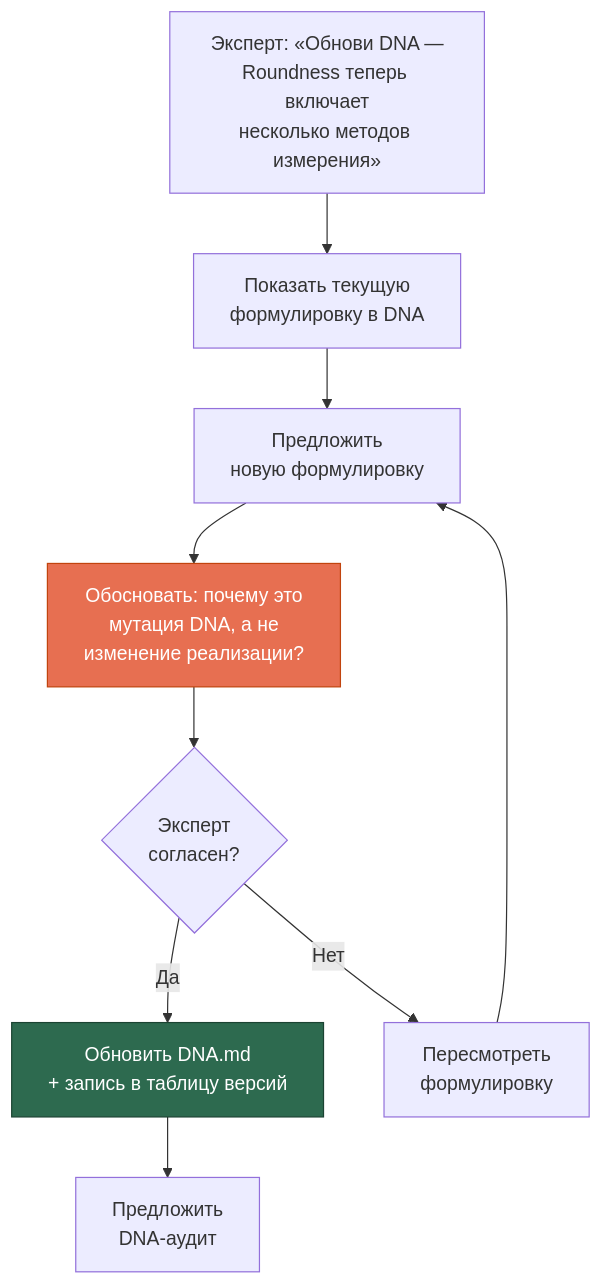
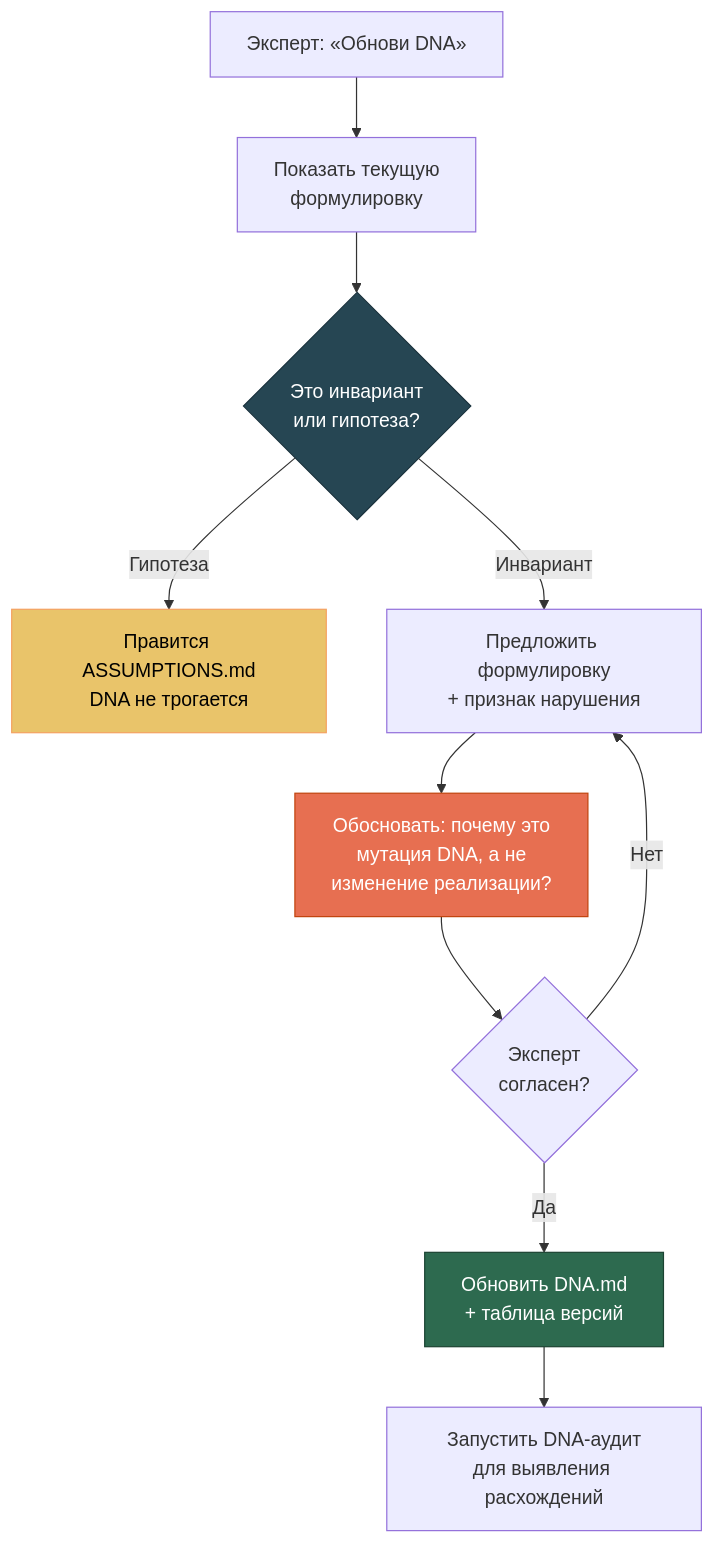
The fifth of 8 diagrams in docs/modes-ru.md (SizovOleg/project-dna), drawn with Mermaid before and after one commit. The commit also changed other lines of this file and 9 other files, not shown here.

````diff
--- a/docs/modes-ru.md
+++ b/docs/modes-ru.md
@@ -186,20 +263,23 @@
 ```mermaid
 flowchart TD
-    START["Эксперт: «Обнови DNA —<br/>Roundness теперь включает<br/>несколько методов измерения»"]
-    
-    START --> SHOW["Показать текущую<br/>формулировку в DNA"]
-    
-    SHOW --> PROPOSE["Предложить<br/>новую формулировку"]
-    
+    START["Эксперт: «Обнови DNA»"]
+
+    START --> SHOW["Показать текущую<br/>формулировку"]
+
+    SHOW --> CAT{"Это инвариант<br/>или гипотеза?"}
+    CAT -->|"Гипотеза"| ASSUM["Правится ASSUMPTIONS.md<br/>DNA не трогается"]
+    CAT -->|"Инвариант"| PROPOSE["Предложить формулировку<br/>+ признак нарушения"]
+
     PROPOSE --> JUSTIFY["Обосновать: почему это<br/>мутация DNA, а не<br/>изменение реализации?"]
-    
+
     JUSTIFY --> Q{"Эксперт<br/>согласен?"}
-    Q -->|Да| UPDATE["Обновить DNA.md<br/>+ запись в таблицу версий"]
-    Q -->|Нет| REVISE["Пересмотреть<br/>формулировку"]
-    REVISE --> PROPOSE
-    
-    UPDATE --> AUDIT["Предложить<br/>DNA-аудит"]
+    Q -->|"Нет"| PROPOSE
+    Q -->|"Да"| UPDATE["Обновить DNA.md<br/>+ таблица версий"]
 
+    UPDATE --> AUDIT["Запустить DNA-аудит<br/>для выявления расхождений"]
+
+    style CAT fill:#264653,stroke:#1a323d,color:#fff
+    style ASSUM fill:#e9c46a,stroke:#f4a261,color:#000
     style JUSTIFY fill:#e76f51,stroke:#c1440e,color:#fff
     style UPDATE fill:#2d6a4f,stroke:#1b4332,color:#fff
 ```
````
